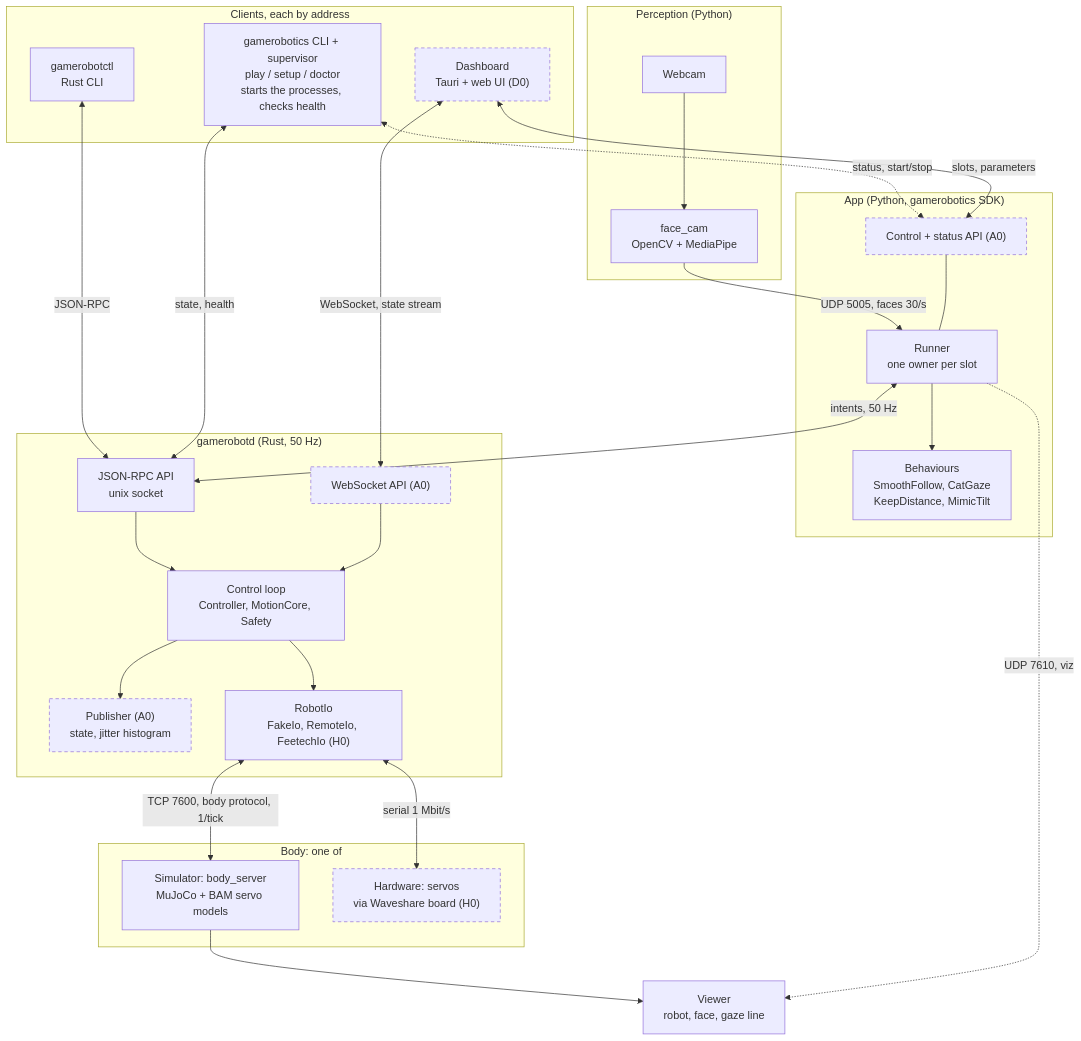
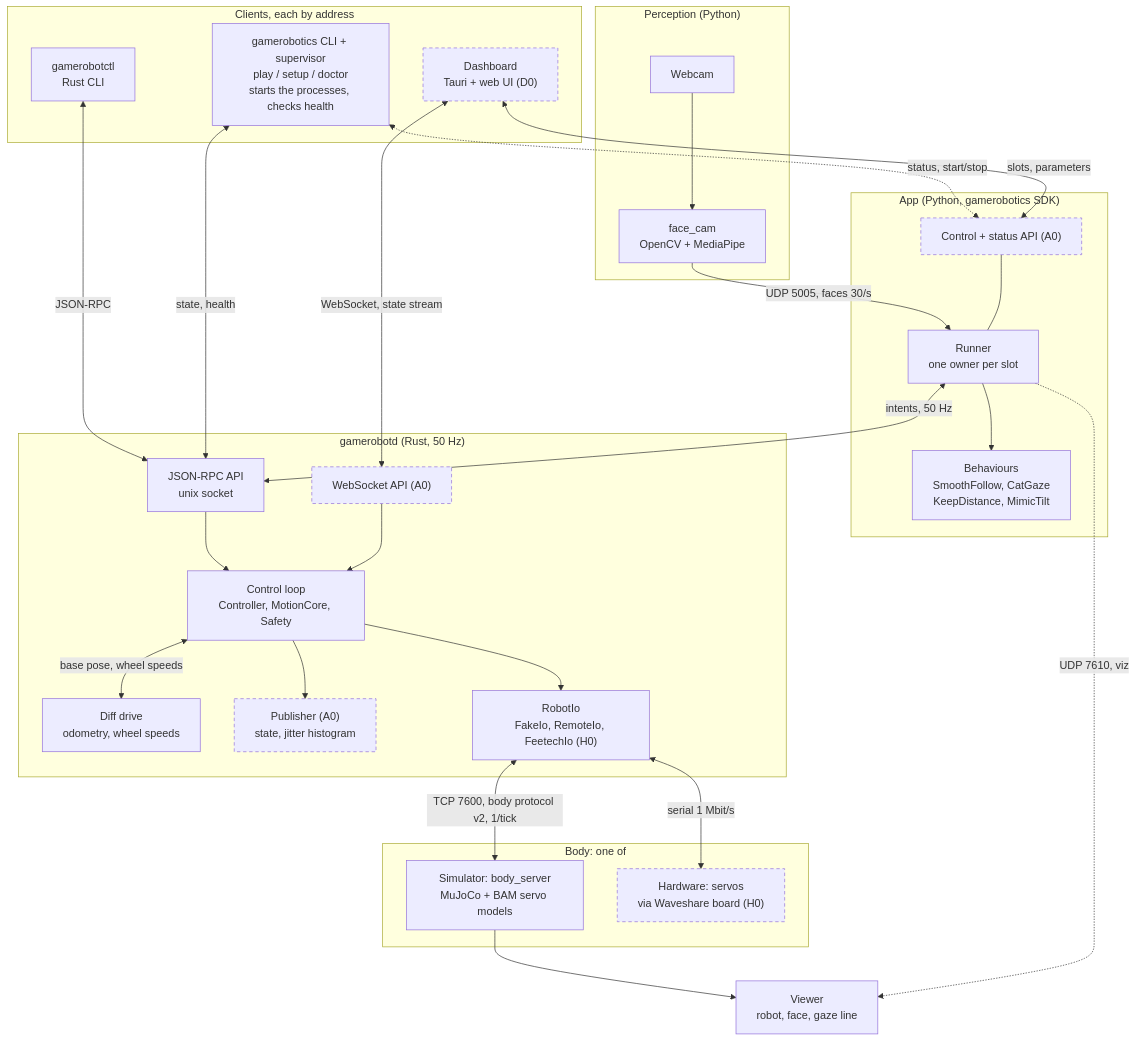
Before and after one commit to anupamdas2012/gamerobotics-docs: the diagram in architecture.md, drawn with Mermaid. The commit also changed other lines of this file and 51 other files, not shown here.

````diff
--- a/architecture.md
+++ b/architecture.md
@@ -24,56 +25,58 @@
 ```mermaid
 flowchart TB
     subgraph Clients["Clients, each by address"]
         CTL["gamerobotctl<br/>Rust CLI"]
         GRC["gamerobotics CLI + supervisor<br/>play / setup / doctor<br/>starts the processes, checks health"]
         DASH["Dashboard<br/>Tauri + web UI (D0)"]
     end
 
     subgraph Perception["Perception (Python)"]
         WEBCAM["Webcam"]
         CAM["face_cam<br/>OpenCV + MediaPipe"]
     end
 
     subgraph AppLayer["App (Python, gamerobotics SDK)"]
         CTRLAPI["Control + status API (A0)"]
         RUNNER["Runner<br/>one owner per slot"]
         BEH["Behaviours<br/>SmoothFollow, CatGaze<br/>KeepDistance, MimicTilt"]
     end
 
     subgraph Daemon["gamerobotd (Rust, 50 Hz)"]
         API["JSON-RPC API<br/>unix socket"]
         WS["WebSocket API (A0)"]
         LOOP["Control loop<br/>Controller, MotionCore, Safety"]
+        DRIVE["Diff drive<br/>odometry, wheel speeds"]
         PUB["Publisher (A0)<br/>state, jitter histogram"]
         IO["RobotIo<br/>FakeIo, RemoteIo, FeetechIo (H0)"]
     end
 
     subgraph Body["Body: one of"]
         BODY["Simulator: body_server<br/>MuJoCo + BAM servo models"]
         SERVOS["Hardware: servos<br/>via Waveshare board (H0)"]
     end
 
     VIEW["Viewer<br/>robot, face, gaze line"]
 
     CTL <-->|JSON-RPC| API
     GRC <-->|state, health| API
     GRC <-.->|status, start/stop| CTRLAPI
     DASH <-->|WebSocket, state stream| WS
     DASH <-->|slots, parameters| CTRLAPI
     WEBCAM --> CAM
     CAM -->|UDP 5005, faces 30/s| RUNNER
     CTRLAPI --- RUNNER
     RUNNER --> BEH
     RUNNER <-->|intents, 50 Hz| API
     API --> LOOP
     WS --> LOOP
     LOOP --> PUB
     LOOP --> IO
-    IO <-->|TCP 7600, body protocol, 1/tick| BODY
+    LOOP <-->|base pose, wheel speeds| DRIVE
+    IO <-->|TCP 7600, body protocol v2, 1/tick| BODY
     IO <-->|serial 1 Mbit/s| SERVOS
     BODY --> VIEW
     RUNNER -.->|UDP 7610, viz| VIEW
 
     classDef planned stroke-dasharray: 5 4
     class DASH,CTRLAPI,WS,PUB,SERVOS planned
 ```
````
